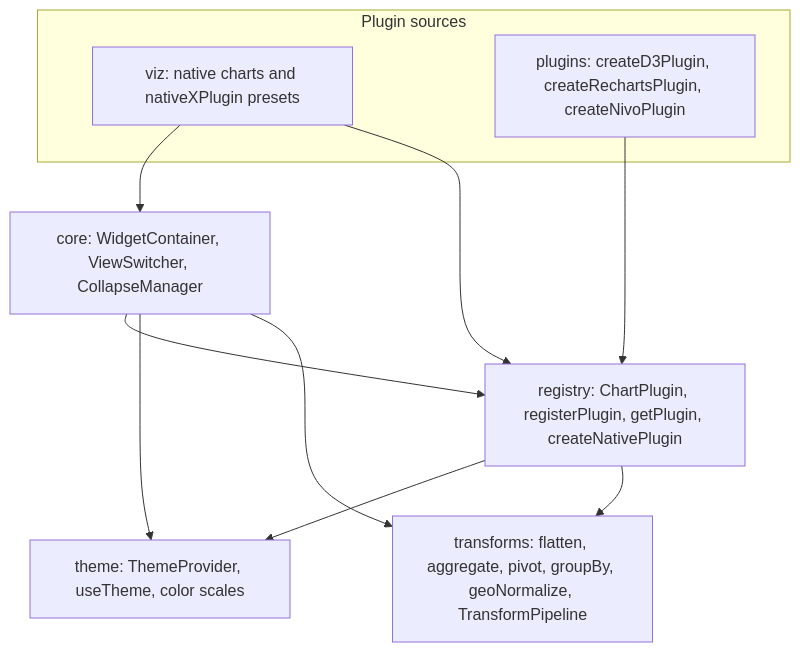
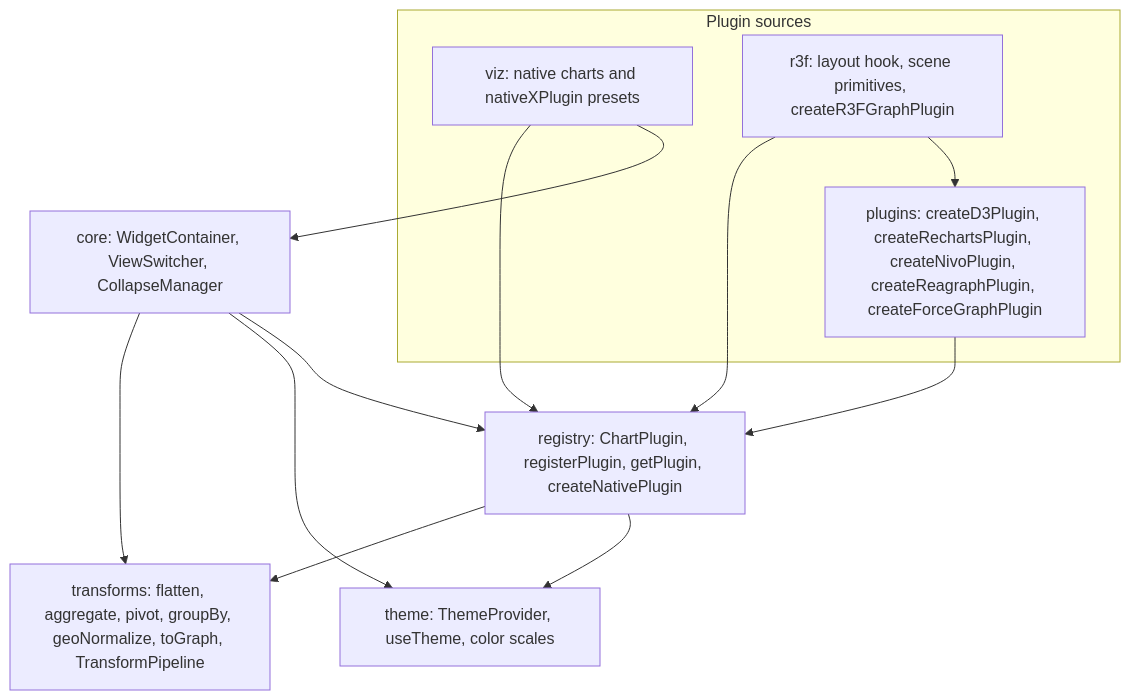
The second of 4 diagrams in docs/ARCHITECTURE.md (bsommers/lumagrid), drawn with Mermaid before and after one commit. The commit also changed other lines of this file and 10 other files, not shown here.

Commit message:
docs: network graph guides and changelog (M4)

````diff
--- a/docs/ARCHITECTURE.md
+++ b/docs/ARCHITECTURE.md
@@ -43,20 +43,23 @@
 ```mermaid
 flowchart TB
     subgraph top["Plugin sources"]
         viz["viz: native charts and nativeXPlugin presets"]
-        plugins["plugins: createD3Plugin, createRechartsPlugin, createNivoPlugin"]
+        plugins["plugins: createD3Plugin, createRechartsPlugin, createNivoPlugin, createReagraphPlugin, createForceGraphPlugin"]
+        r3f["r3f: layout hook, scene primitives, createR3FGraphPlugin"]
     end
     core["core: WidgetContainer, ViewSwitcher, CollapseManager"]
     registry["registry: ChartPlugin, registerPlugin, getPlugin, createNativePlugin"]
     theme["theme: ThemeProvider, useTheme, color scales"]
-    transforms["transforms: flatten, aggregate, pivot, groupBy, geoNormalize, TransformPipeline"]
+    transforms["transforms: flatten, aggregate, pivot, groupBy, geoNormalize, toGraph, TransformPipeline"]
 
     viz --> core
     viz --> registry
     plugins --> registry
+    r3f --> plugins
+    r3f --> registry
     core --> registry
     core --> theme
     core --> transforms
     registry --> theme
     registry --> transforms
 ```
````
